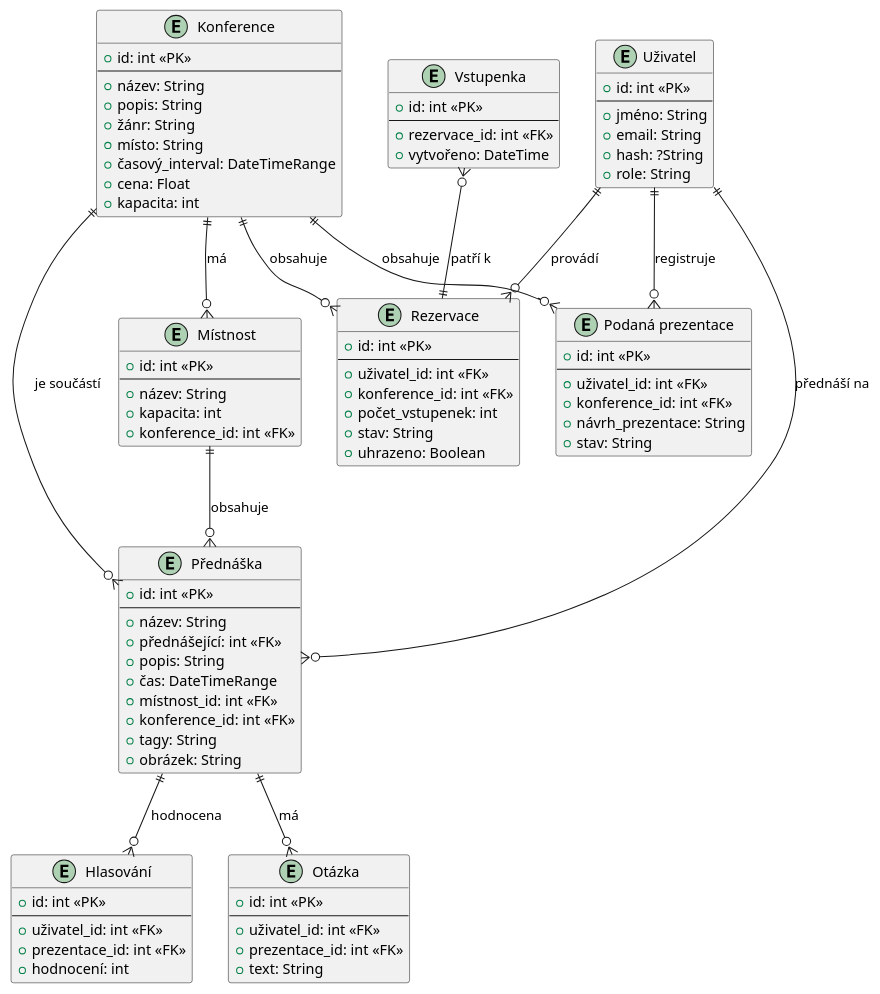
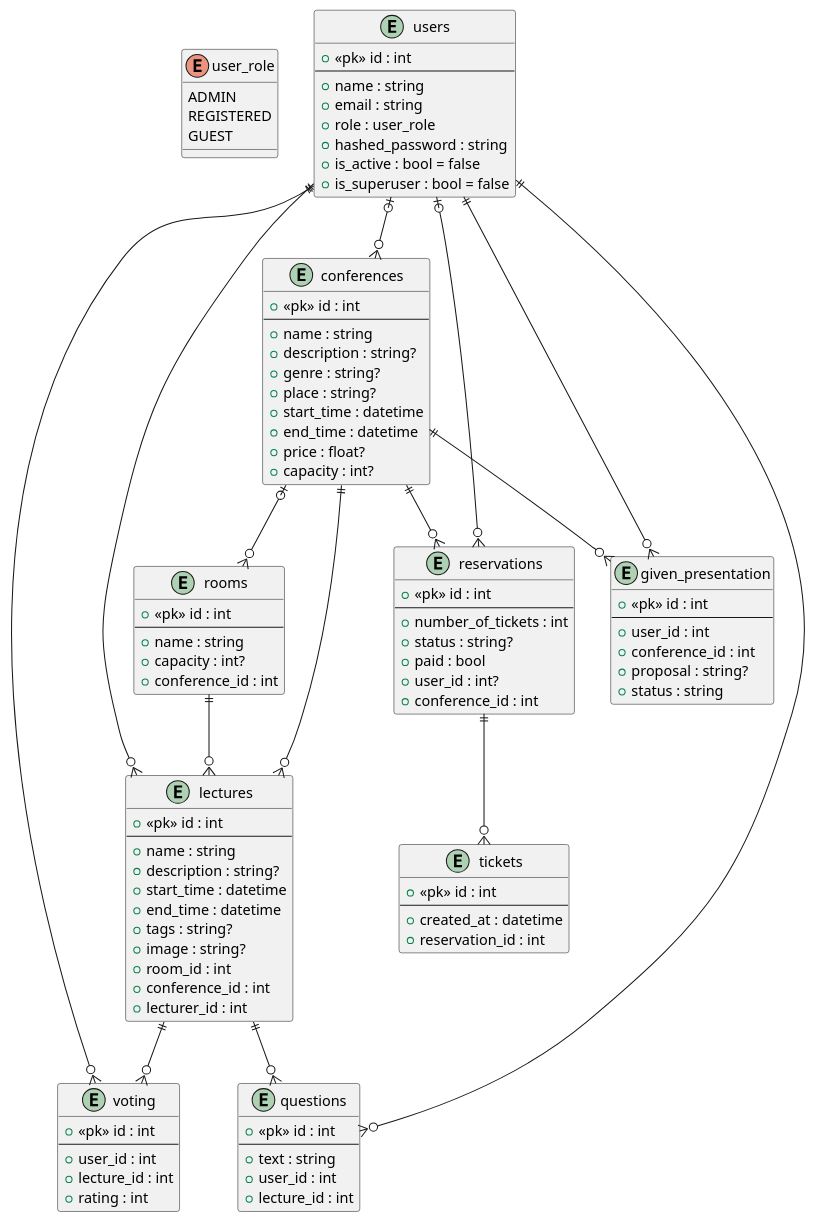
Before and after one commit to stahlgit/fit_iis_project: the diagram in docs/er.puml, drawn with PlantUML. The commit also changed 1 other file, not shown here.

Commit message:
feat: er diagram coplete

```diff
--- a/docs/er.puml
+++ b/docs/er.puml
@@ -1,101 +1,112 @@
-@startuml er
+@startuml
 
-entity "Konference" {
-  +id: int <<PK>>
-  ---
-  +název: String
-  +popis: String
-  +žánr: String
-  +místo: String
-  +časový_interval: DateTimeRange
-  +cena: Float
-  +kapacita: int
+enum user_role {
+    ADMIN
+    REGISTERED
+    GUEST
 }
 
-entity "Místnost" {
-  +id: int <<PK>>
-  ---
-  +název: String
-  +kapacita: int
-  +konference_id: int <<FK>>
+entity conferences {
+    +<<pk>> id : int
+	---
+    +name : string
+    +description : string?
+    +genre : string?
+    +place : string?
+    +start_time : datetime
+    +end_time : datetime
+    +price : float?
+    +capacity : int?
 }
 
-entity "Přednáška" {
-  +id: int <<PK>>
-  ---
-  +název: String
-  +přednášející: int <<FK>>
-  +popis: String
-  +čas: DateTimeRange
-  +místnost_id: int <<FK>>
-  +konference_id: int <<FK>>
-  +tagy: String
-  +obrázek: String
+entity users {
+    +<<pk>> id : int
+	---
+    +name : string
+    +email : string
+    +role : user_role
+    +hashed_password : string
+    +is_active : bool = false
+    +is_superuser : bool = false
 }
 
-entity "Uživatel" {
-  +id: int <<PK>>
-  ---
-  +jméno: String
-  +email: String
-  +hash: ?String
-  +role: String
+entity rooms {
+    +<<pk>> id : int
+	---
+    +name : string
+    +capacity : int?
+    +conference_id : int
 }
 
-entity "Rezervace" {
-  +id: int <<PK>>
-  ---
-  +uživatel_id: int <<FK>>
-  +konference_id: int <<FK>>
-  +počet_vstupenek: int
-  +stav: String
-  +uhrazeno: Boolean
+entity reservations {
+    +<<pk>> id : int
+	---
+    +number_of_tickets : int
+    +status : string?
+    +paid : bool
+    +user_id : int?
+    +conference_id : int
 }
 
-entity "Podaná prezentace" {
-  +id: int <<PK>>
-  ---
-  +uživatel_id: int <<FK>>
-  +konference_id: int <<FK>>
-  +návrh_prezentace: String
-  +stav: String
+entity tickets {
+    +<<pk>> id : int
+	---
+    +created_at : datetime
+    +reservation_id : int
 }
 
-entity "Vstupenka" {
-  +id: int <<PK>>
-  ---
-  +rezervace_id: int <<FK>>
-  +vytvořeno: DateTime
+entity lectures {
+    +<<pk>> id : int
+	---
+    +name : string
+    +description : string?
+    +start_time : datetime
+    +end_time : datetime
+    +tags : string?
+    +image : string?
+    +room_id : int
+    +conference_id : int
+    +lecturer_id : int
 }
 
-entity "Hlasování" {
-  +id: int <<PK>>
-  ---
-  +uživatel_id: int <<FK>>
-  +prezentace_id: int <<FK>>
-  +hodnocení: int
+entity given_presentation {
+    +<<pk>> id : int
+	---
+    +user_id : int
+    +conference_id : int
+    +proposal : string?
+    +status : string
 }
 
-entity "Otázka" {
-  +id: int <<PK>>
-  ---
-  +uživatel_id: int <<FK>>
-  +prezentace_id: int <<FK>>
-  +text: String
+entity voting {
+    +<<pk>> id : int
+	---
+    +user_id : int
+    +lecture_id : int
+    +rating : int
 }
 
-' Kardinality pomocí Crow's Foot notace
+entity questions {
+    +<<pk>> id : int
+	---
+    +text : string
+    +user_id : int
+    +lecture_id : int
+}
 
-Uživatel ||--o{ Rezervace : "provádí"
-Konference ||--o{ Rezervace : "obsahuje"
-Uživatel ||--o{ "Podaná prezentace" : "registruje"
-Konference ||--o{ "Podaná prezentace" : "obsahuje"
-Místnost ||--o{ Přednáška : "obsahuje"
-Konference ||--o{ Místnost : "má"
-Přednáška ||--o{ Hlasování : "hodnocena"
-Přednáška ||--o{ Otázka : "má"
-Konference ||--o{ Přednáška : "je součástí"
-Uživatel ||--o{ Přednáška : "přednáší na"
-Vstupenka }o--|| Rezervace : "patří k"
+conferences |o--o{ rooms
+conferences ||--o{ lectures
+conferences ||--o{ reservations
+conferences ||--o{ given_presentation
+users |o--o{ conferences
+users |o--o{ reservations
+users ||--o{ lectures
+users ||--o{ voting
+users ||--o{ questions
+users ||--o{ given_presentation
+rooms ||--o{ lectures
+reservations ||--o{ tickets
+lectures ||--o{ voting
+lectures ||--o{ questions
 
 @enduml
```
